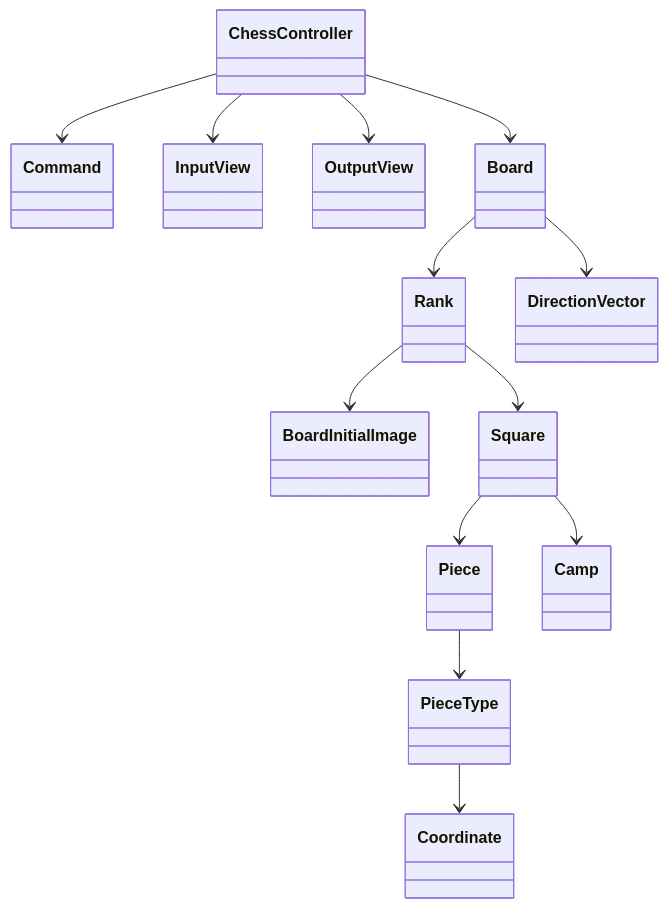
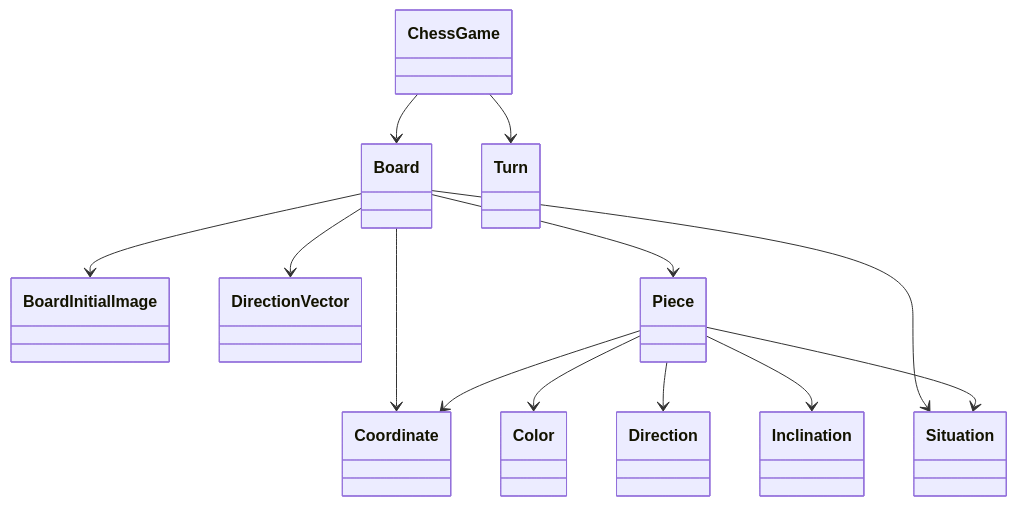
Before and after one commit to woowacourse/java-chess: the diagram in README.md, drawn with Mermaid. The commit also changed other lines of this file, not shown here.

Commit message:
docs: 기능목록 및 다이어그램 최신화

````diff
--- a/README.md
+++ b/README.md
@@ -68,15 +72,15 @@
 ```mermaid
 classDiagram
-    ChessController --> Command
-    ChessController --> InputView
-    ChessController --> OutputView
-    ChessController --> Board
-    Board --> Rank
+    ChessGame --> Board
+    ChessGame --> Turn
+    Board --> BoardInitialImage
     Board --> DirectionVector
-    Rank --> BoardInitialImage
-    Rank --> Square
-    Square --> Piece
-    Square --> Camp
-    Piece --> PieceType
-    PieceType --> Coordinate
+    Board --> Coordinate
+    Board --> Piece
+    Board --> Situation
+    Piece --> Color
+    Piece --> Direction
+    Piece --> Inclination
+    Piece --> Coordinate
+    Piece --> Situation
 ```
````
